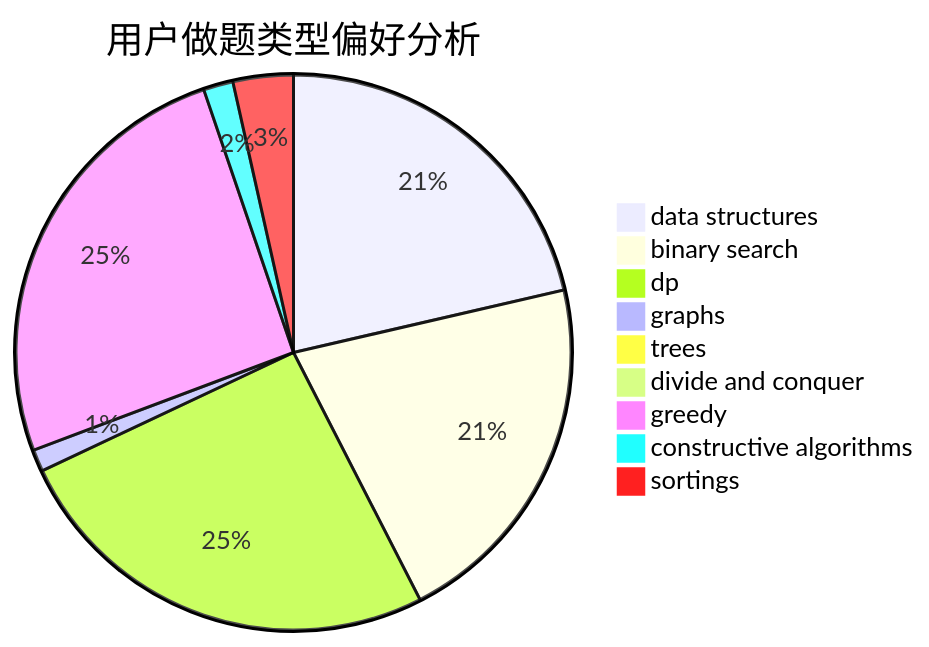
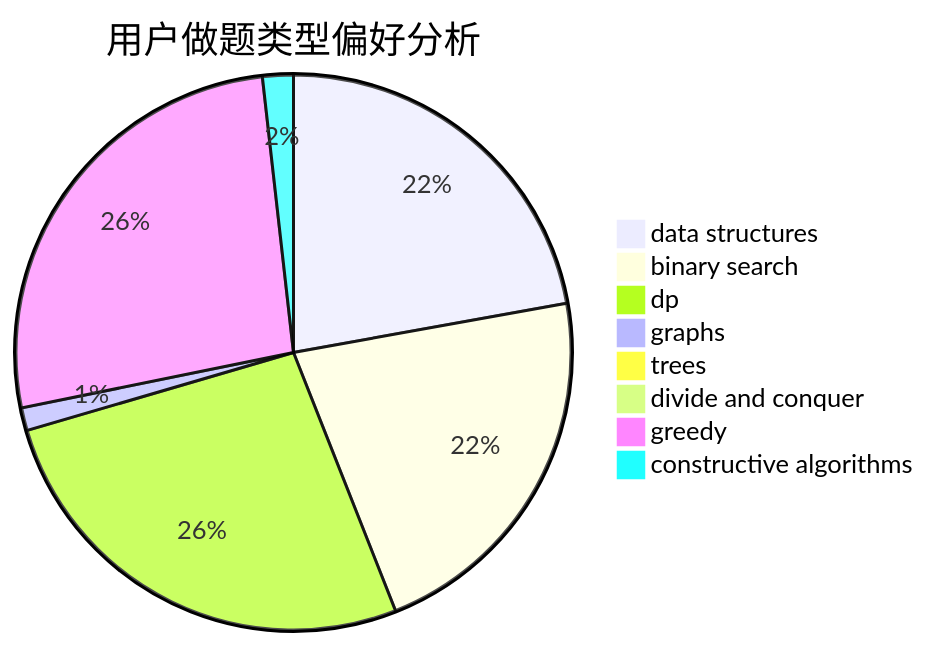
The second of 3 diagrams in docs/user/u576.md (sherpahu/cfrs.github.io), drawn with Mermaid before and after one commit. The commit also changed other lines of this file and 2769 other files, not shown here.

````diff
--- a/docs/user/u576.md
+++ b/docs/user/u576.md
@@ -18,12 +18,11 @@
 ```mermaid
 pie title 用户做题类型偏好分析
     "data structures" :  433
     "binary search" :  427
     "dp" :  517
     "graphs" :  26
     "trees" :  13
     "divide and conquer" :  8
     "greedy" :  516
     "constructive algorithms" :  35
-    "sortings" :  71
 ```
````
